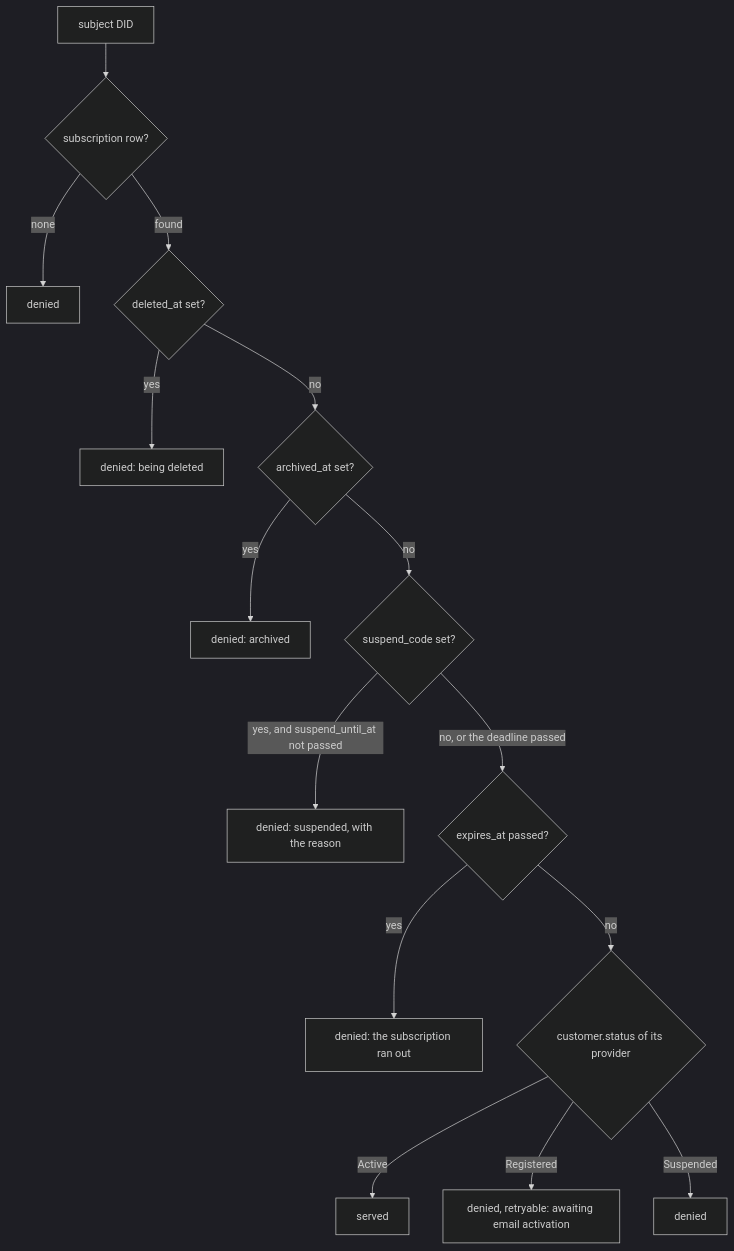
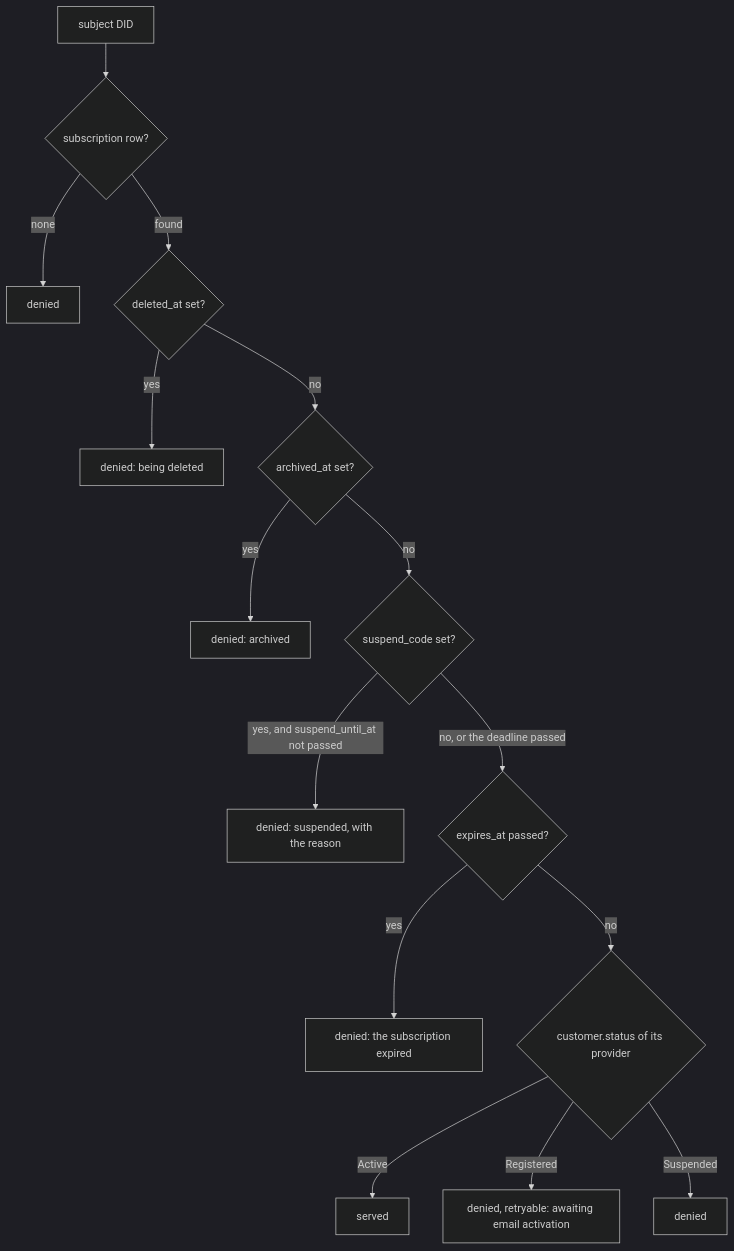
One commit to tonk-labs/tonk changed the second of 4 diagrams in docs/access-control-schema.md. Above: the diagram before and after it, drawn with Mermaid (dark theme). The commit also changed other lines of this file and 4 other files, not shown here.

````diff
--- a/docs/access-control-schema.md
+++ b/docs/access-control-schema.md
@@ -80,17 +80,17 @@
 ```mermaid
 flowchart TD
     A["subject DID"] --> D{"subscription row?"}
     D -->|none| E["denied"]
     D -->|found| X{"deleted_at set?"}
     X -->|yes| G1["denied: being deleted"]
     X -->|no| AR{"archived_at set?"}
     AR -->|yes| G2["denied: archived"]
     AR -->|no| SU{"suspend_code set?"}
     SU -->|"yes, and suspend_until_at not passed"| G3["denied: suspended, with the reason"]
     SU -->|"no, or the deadline passed"| F{"expires_at passed?"}
-    F -->|yes| G4["denied: the subscription ran out"]
+    F -->|yes| G4["denied: the subscription expired"]
     F -->|no| Z{"customer.status of its provider"}
     Z -->|Active| K["served"]
     Z -->|Registered| L["denied, retryable: awaiting email activation"]
     Z -->|Suspended| M["denied"]
 ```
````
